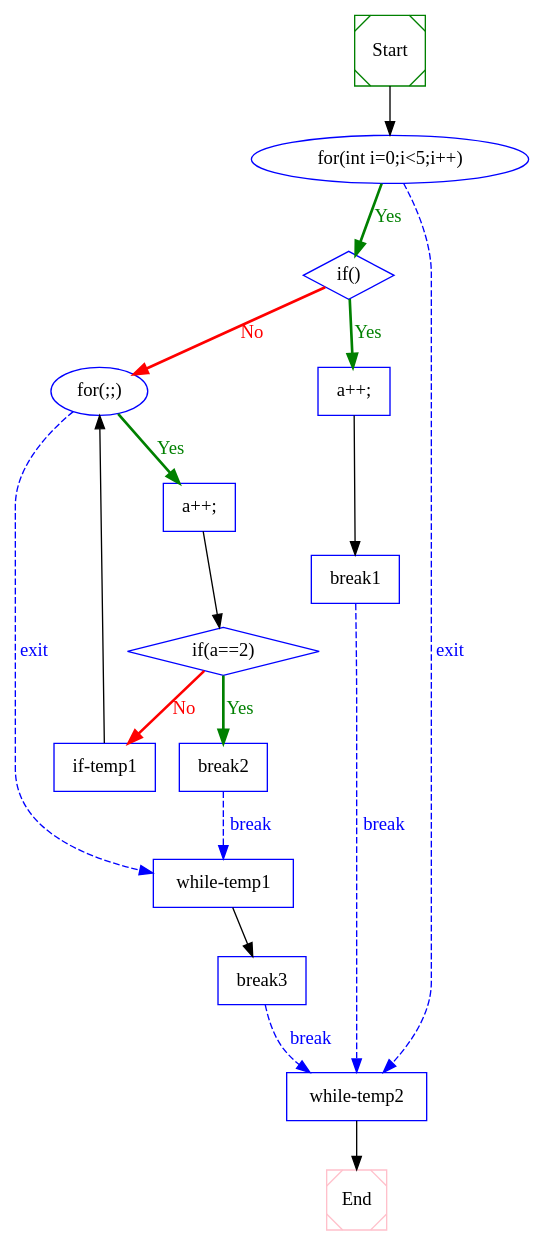
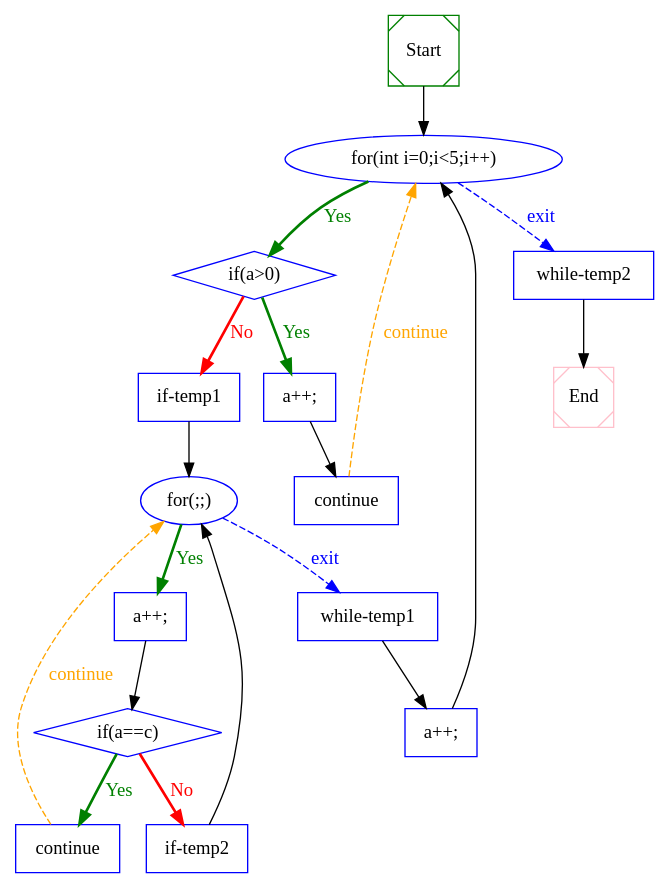
One commit to Naplues/Static-Analysis changed the diagram in out/test.dot. Above: the diagram before and after it, drawn with Graphviz. The commit also changed 8 other files, not shown here.

```diff
--- a/out/test.dot
+++ b/out/test.dot
@@ -1,47 +1,50 @@
 digraph CFG {
  1  [shape = Msquare, color = green, label = "Start", ]
  2  [shape = ellipse, color = blue, label = "for(int i=0;i<5;i++)", ]
- 3  [shape = diamond, color = blue, label = "if()", ]
+ 3  [shape = diamond, color = blue, label = "if(a>0)", ]
  4  [shape = box, color = blue, label = "a++;", ]
- 5  [shape = box, color = blue, label = "break1", ]
- 6  [shape = ellipse, color = blue, label = "for(;;)", ]
- 7  [shape = box, color = blue, label = "a++;", ]
- 8  [shape = diamond, color = blue, label = "if(a==2)", ]
- 9  [shape = box, color = blue, label = "break2", ]
- 10  [shape = box, color = blue, label = "if-temp1", ]
- 11  [shape = box, color = blue, label = "while-temp1", ]
- 12  [shape = box, color = blue, label = "break3", ]
+ 5  [shape = box, color = blue, label = "continue", ]
+ 6  [shape = box, color = blue, label = "if-temp1", ]
+ 7  [shape = ellipse, color = blue, label = "for(;;)", ]
+ 8  [shape = box, color = blue, label = "a++;", ]
+ 9  [shape = diamond, color = blue, label = "if(a==c)", ]
+ 10  [shape = box, color = blue, label = "continue", ]
+ 11  [shape = box, color = blue, label = "if-temp2", ]
+ 12  [shape = box, color = blue, label = "while-temp1", ]
+ 13  [shape = box, color = blue, label = "a++;", ]
  14  [shape = box, color = blue, label = "while-temp2", ]
  15  [shape = Msquare, color = pink, label = "End", ]
  1  ->  2  [style = solid, label="", fillcolor = black, color = black, fontcolor = black]
 
  2  ->  14  [style = dashed, label="exit", fillcolor = blue, color = blue, fontcolor = blue]
  2  ->  3  [style = bold, label="Yes", fillcolor = green, color = green, fontcolor = green]
 
  3  ->  6  [style = bold, label="No", fillcolor = red, color = red, fontcolor = red]
  3  ->  4  [style = bold, label="Yes", fillcolor = green, color = green, fontcolor = green]
 
  4  ->  5  [style = solid, label="", fillcolor = black, color = black, fontcolor = black]
 
- 5  ->  14  [style = dashed, label="break", fillcolor = blue, color = blue, fontcolor = blue]
+ 5  ->  2  [style = dashed, label="continue", fillcolor = orange, color = orange, fontcolor = orange]
 
- 6  ->  11  [style = dashed, label="exit", fillcolor = blue, color = blue, fontcolor = blue]
- 6  ->  7  [style = bold, label="Yes", fillcolor = green, color = green, fontcolor = green]
+ 6  ->  7  [style = solid, label="", fillcolor = black, color = black, fontcolor = black]
 
- 7  ->  8  [style = solid, label="", fillcolor = black, color = black, fontcolor = black]
+ 7  ->  12  [style = dashed, label="exit", fillcolor = blue, color = blue, fontcolor = blue]
+ 7  ->  8  [style = bold, label="Yes", fillcolor = green, color = green, fontcolor = green]
 
- 8  ->  10  [style = bold, label="No", fillcolor = red, color = red, fontcolor = red]
- 8  ->  9  [style = bold, label="Yes", fillcolor = green, color = green, fontcolor = green]
+ 8  ->  9  [style = solid, label="", fillcolor = black, color = black, fontcolor = black]
 
- 9  ->  11  [style = dashed, label="break", fillcolor = blue, color = blue, fontcolor = blue]
+ 9  ->  11  [style = bold, label="No", fillcolor = red, color = red, fontcolor = red]
+ 9  ->  10  [style = bold, label="Yes", fillcolor = green, color = green, fontcolor = green]
 
- 10  ->  6  [style = solid, label="", fillcolor = black, color = black, fontcolor = black]
+ 10  ->  7  [style = dashed, label="continue", fillcolor = orange, color = orange, fontcolor = orange]
 
- 11  ->  12  [style = solid, label="", fillcolor = black, color = black, fontcolor = black]
+ 11  ->  7  [style = solid, label="", fillcolor = black, color = black, fontcolor = black]
 
- 12  ->  14  [style = dashed, label="break", fillcolor = blue, color = blue, fontcolor = blue]
+ 12  ->  13  [style = solid, label="", fillcolor = black, color = black, fontcolor = black]
+
+ 13  ->  2  [style = solid, label="", fillcolor = black, color = black, fontcolor = black]
 
  14  ->  15  [style = solid, label="", fillcolor = black, color = black, fontcolor = black]
 
 
 }
```
